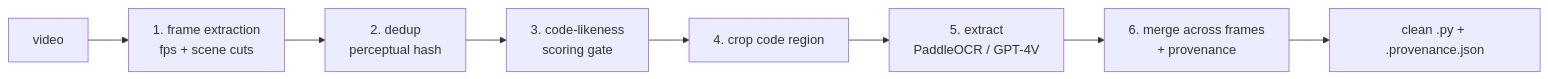
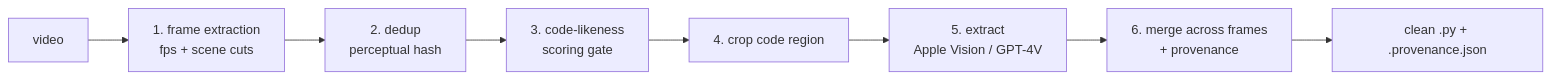
The diagram in README.md (pavelkrotkov/video-code-extractor), drawn with Mermaid before and after one commit. The commit also changed other lines of this file and 15 other files, not shown here.

First line of the commit message:
Replace PaddleOCR with native macOS Vision OCR (#22)

````diff
--- a/README.md
+++ b/README.md
@@ -16,10 +16,10 @@
 ```mermaid
 flowchart LR
     V[video] --> F[1. frame extraction<br/>fps + scene cuts]
     F --> D[2. dedup<br/>perceptual hash]
     D --> S[3. code-likeness<br/>scoring gate]
     S --> C[4. crop code region]
-    C --> X[5. extract<br/>PaddleOCR / GPT-4V]
+    C --> X[5. extract<br/>Apple Vision / GPT-4V]
     X --> M[6. merge across frames<br/>+ provenance]
     M --> O[clean .py + .provenance.json]
 ```
````
